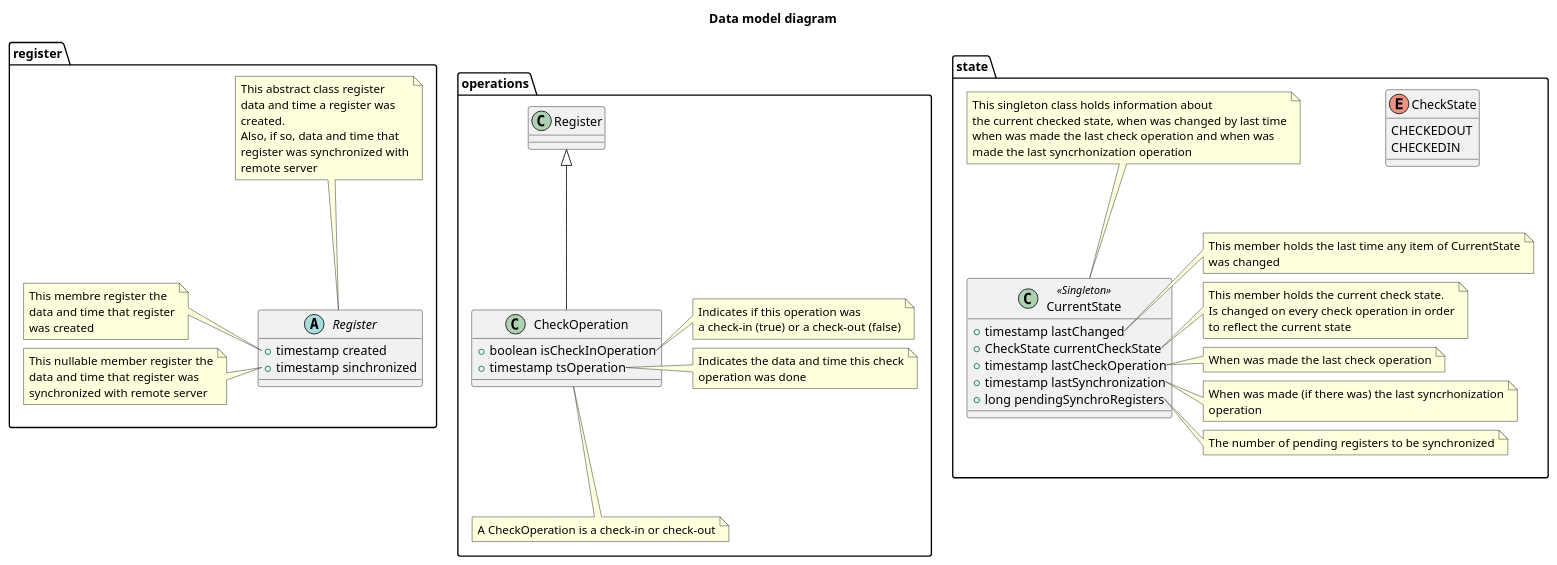
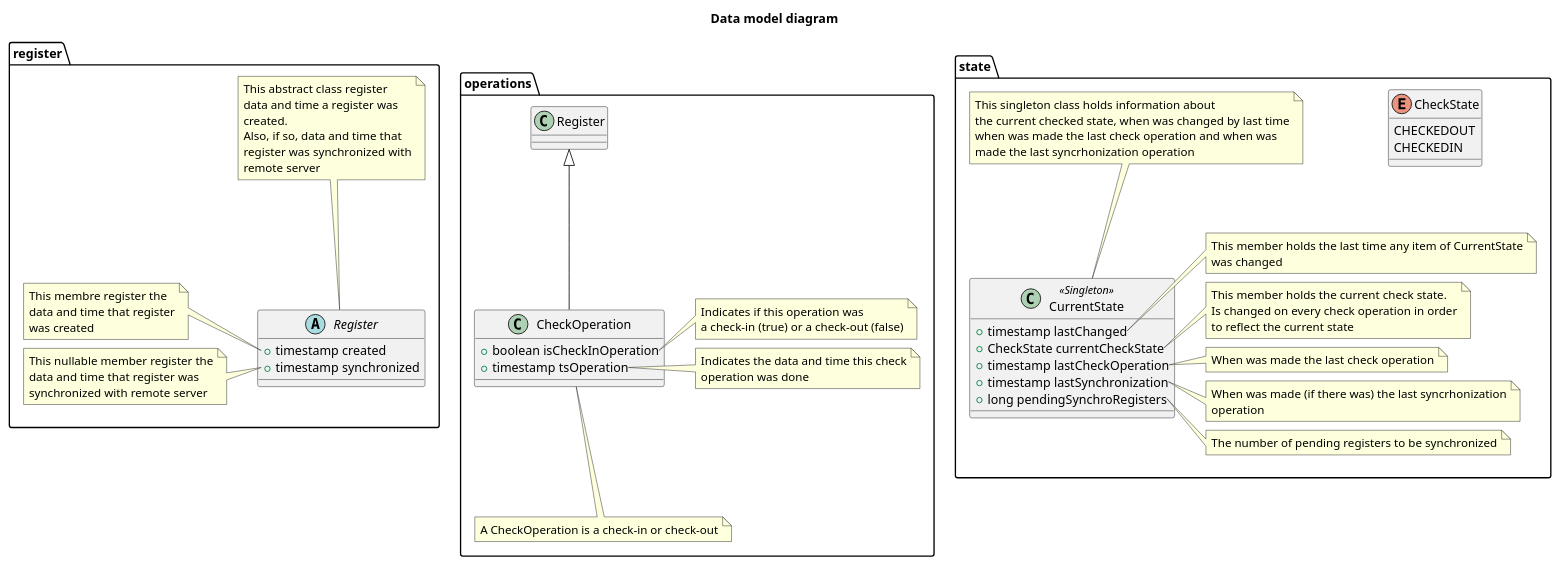
One commit to albirar/pwa-timetracker changed the diagram in docs/diagrams/data-model.plantuml. Above: the diagram before and after it, drawn with PlantUML. The commit also changed 7 other files, not shown here.

```diff
--- a/docs/diagrams/data-model.plantuml
+++ b/docs/diagrams/data-model.plantuml
@@ -1,99 +1,99 @@
 @startuml
 
 title "Data model diagram"
 
 package register {
 abstract class Register {
     +timestamp created
-    +timestamp sinchronized
+    +timestamp synchronized
 } 
 
 note top of Register
   This abstract class register
   data and time a register was
   created.
   Also, if so, data and time that
   register was synchronized with
   remote server
 end note
 
 note left of Register::created
   This membre register the 
   data and time that register
   was created
 end note
 
-note left of Register::sinchronized
+note left of Register::synchronized
   This nullable member register the
   data and time that register was
   synchronized with remote server
 end note
 }
 
 package operations {
 class CheckOperation extends Register {
     +boolean isCheckInOperation
     +timestamp tsOperation
 }
 
 note bottom of CheckOperation
 A CheckOperation is a check-in or check-out
 end note
 
 note right of CheckOperation::isCheckInOperation
   Indicates if this operation was
   a check-in (true) or a check-out (false)
 end note
 
 note right of CheckOperation::tsOperation
   Indicates the data and time this check
   operation was done
 end note
 }
 
 package state {
     class CurrentState <<Singleton>> {
         +timestamp lastChanged
         +CheckState currentCheckState
         +timestamp lastCheckOperation
         +timestamp lastSynchronization
         +long pendingSynchroRegisters
     }
     enum CheckState {
         CHECKEDOUT
         CHECKEDIN
     }
     
     note top of CurrentState
        This singleton class holds information about
        the current checked state, when was changed by last time
        when was made the last check operation and when was
        made the last syncrhonization operation
     end note
 
     note right of CurrentState::lastChanged
        This member holds the last time any item of CurrentState
        was changed
     end note
 
     note right of CurrentState::currentCheckState
        This member holds the current check state.
        Is changed on every check operation in order
        to reflect the current state
     end note
 
     note right of CurrentState::lastCheckOperation
        When was made the last check operation
     end note
 
     note right of CurrentState::lastSynchronization
        When was made (if there was) the last syncrhonization
        operation
     end note
 
     note right of CurrentState::pendingSynchroRegisters
        The number of pending registers to be synchronized
     end note
 }
 
 @enduml
```
